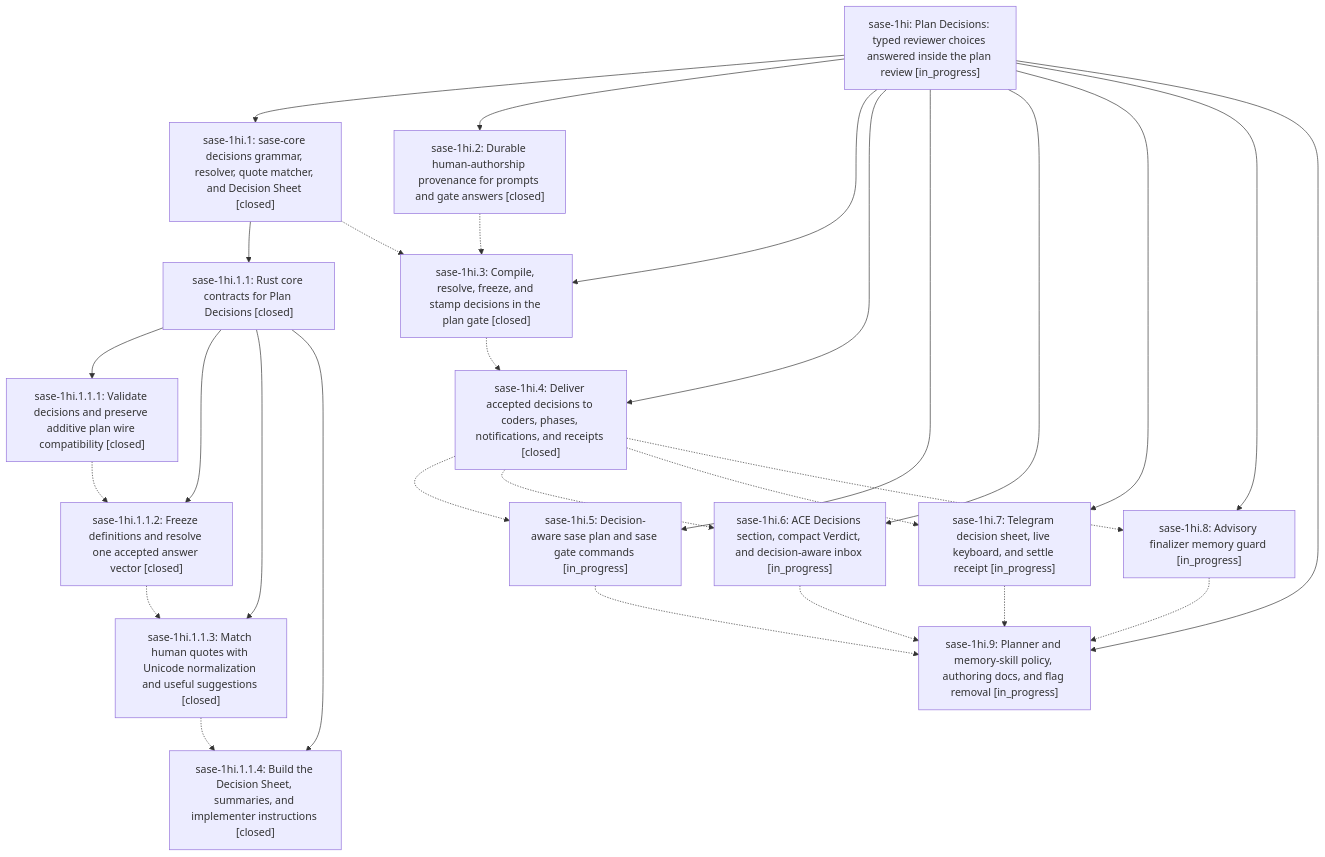
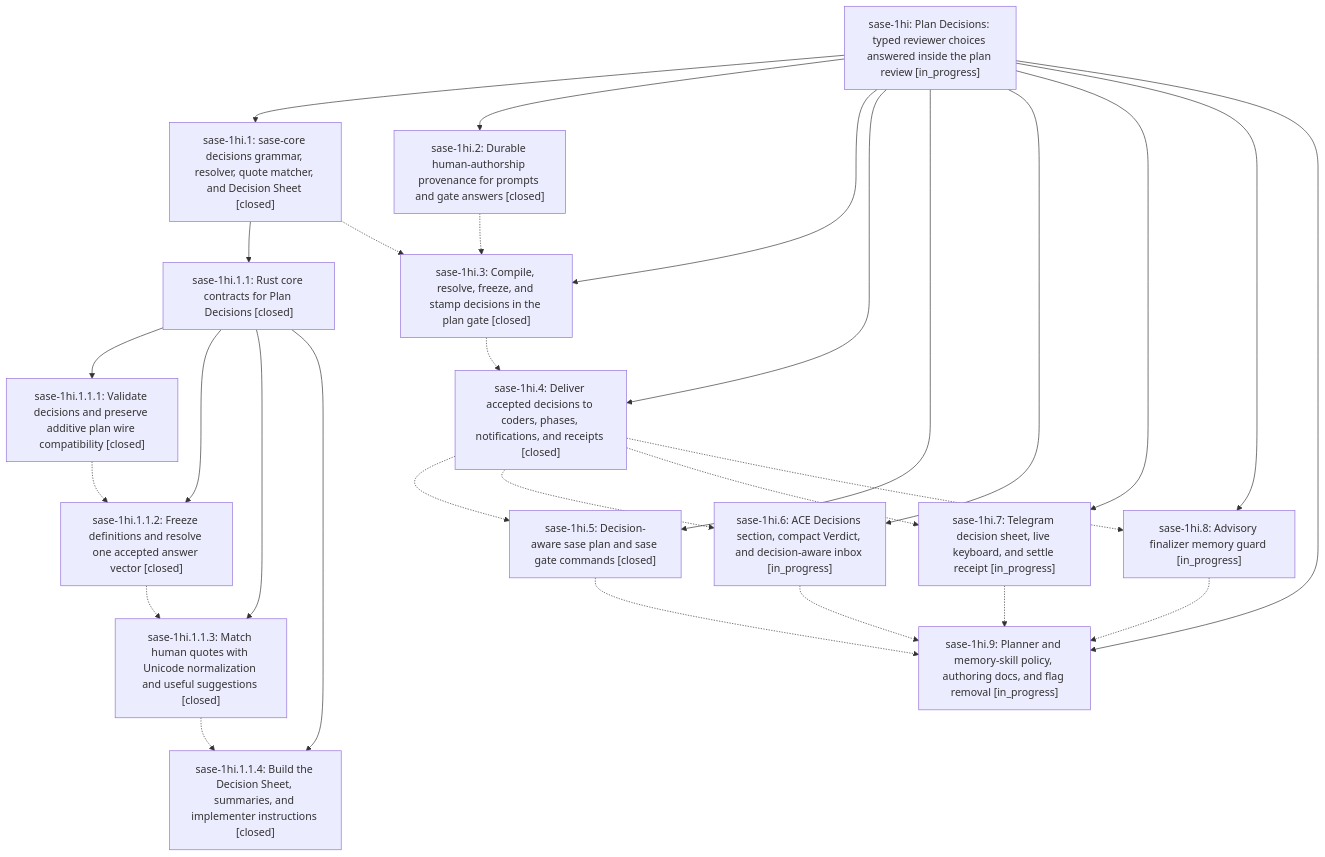
Before and after one commit to sase-org/sase--beads: the diagram in pages/sase-1hi/README.md, drawn with Mermaid. The commit also changed other lines of this file and 6 other files, not shown here.

````diff
--- a/pages/sase-1hi/README.md
+++ b/pages/sase-1hi/README.md
@@ -50,46 +50,46 @@
 ```mermaid
 flowchart TD
     n0["sase-1hi: Plan Decisions: typed reviewer choices answered inside the plan review [in_progress]"]
     n1["sase-1hi.1: sase-core decisions grammar, resolver, quote matcher, and Decision Sheet [closed]"]
     n2["sase-1hi.1.1: Rust core contracts for Plan Decisions [closed]"]
     n3["sase-1hi.1.1.1: Validate decisions and preserve additive plan wire compatibility [closed]"]
     n4["sase-1hi.1.1.2: Freeze definitions and resolve one accepted answer vector [closed]"]
     n5["sase-1hi.1.1.3: Match human quotes with Unicode normalization and useful suggestions [closed]"]
     n6["sase-1hi.1.1.4: Build the Decision Sheet, summaries, and implementer instructions [closed]"]
     n7["sase-1hi.2: Durable human-authorship provenance for prompts and gate answers [closed]"]
     n8["sase-1hi.3: Compile, resolve, freeze, and stamp decisions in the plan gate [closed]"]
     n9["sase-1hi.4: Deliver accepted decisions to coders, phases, notifications, and receipts [closed]"]
-    n10["sase-1hi.5: Decision-aware sase plan and sase gate commands [in_progress]"]
+    n10["sase-1hi.5: Decision-aware sase plan and sase gate commands [closed]"]
     n11["sase-1hi.6: ACE Decisions section, compact Verdict, and decision-aware inbox [in_progress]"]
     n12["sase-1hi.7: Telegram decision sheet, live keyboard, and settle receipt [in_progress]"]
     n13["sase-1hi.8: Advisory finalizer memory guard [in_progress]"]
     n14["sase-1hi.9: Planner and memory-skill policy, authoring docs, and flag removal [in_progress]"]
     n0 --> n1
     n1 --> n2
     n2 --> n3
     n2 --> n4
     n2 --> n5
     n2 --> n6
     n0 --> n7
     n0 --> n8
     n0 --> n9
     n0 --> n10
     n0 --> n11
     n0 --> n12
     n0 --> n13
     n0 --> n14
     n1 -.-> n8
     n3 -.-> n4
     n4 -.-> n5
     n5 -.-> n6
     n7 -.-> n8
     n8 -.-> n9
     n9 -.-> n10
     n9 -.-> n11
     n9 -.-> n12
     n9 -.-> n13
     n10 -.-> n14
     n11 -.-> n14
     n12 -.-> n14
     n13 -.-> n14
 ```
````
